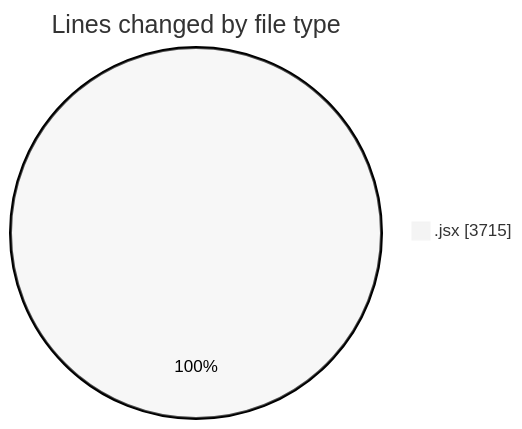
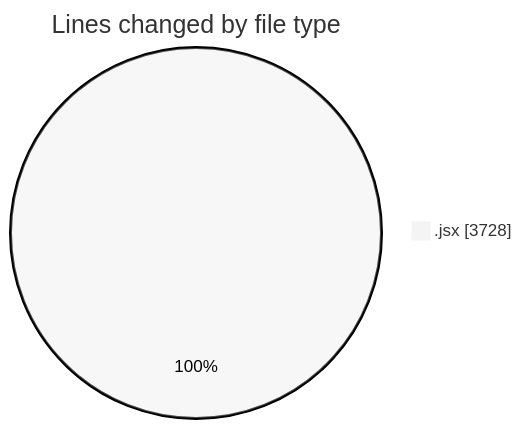
One commit to nxtqubesakshisongat/code-tracking changed the first of 2 diagrams in 2025-05-12/argos-dev/README.md. Above: the diagram before and after it, drawn with Mermaid (neutral theme). The commit also changed other lines of this file and 1 other file, not shown here.

````diff
--- a/2025-05-12/argos-dev/README.md
+++ b/2025-05-12/argos-dev/README.md
@@ -26,5 +26,5 @@
 ```mermaid
 pie showData
 title Lines changed by file type
-".jsx" : 3715
+".jsx" : 3728
 ```
````
